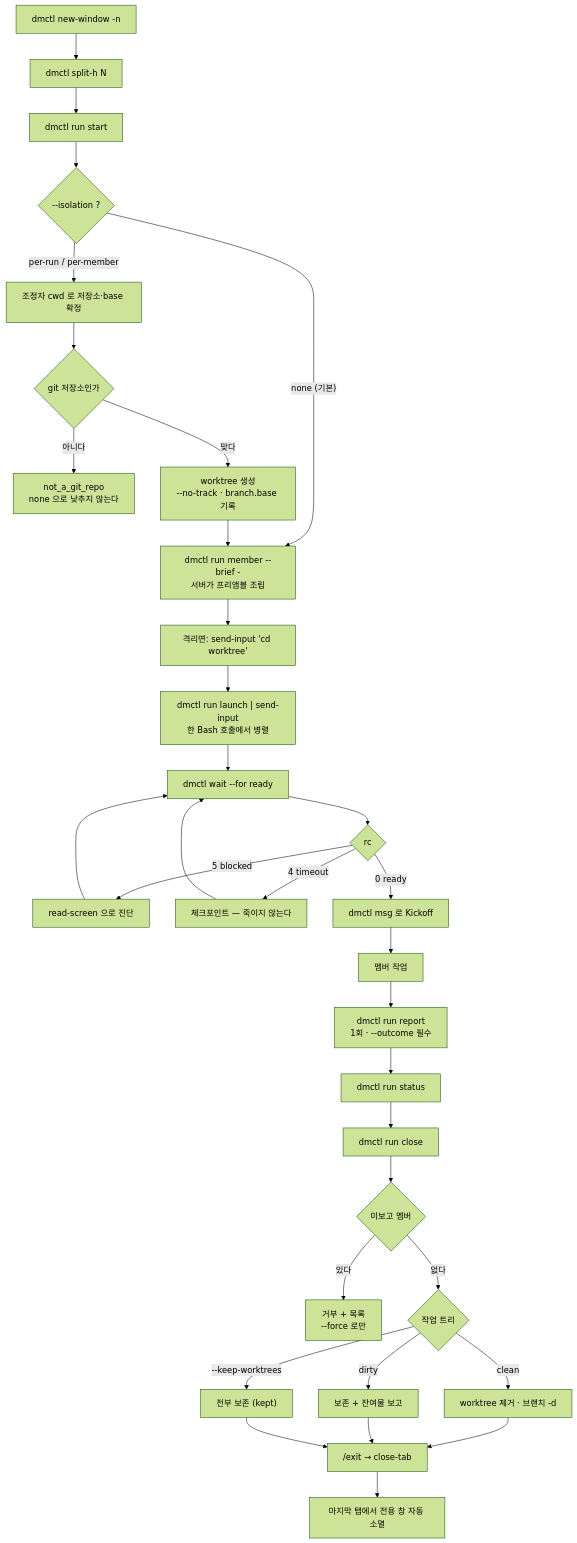
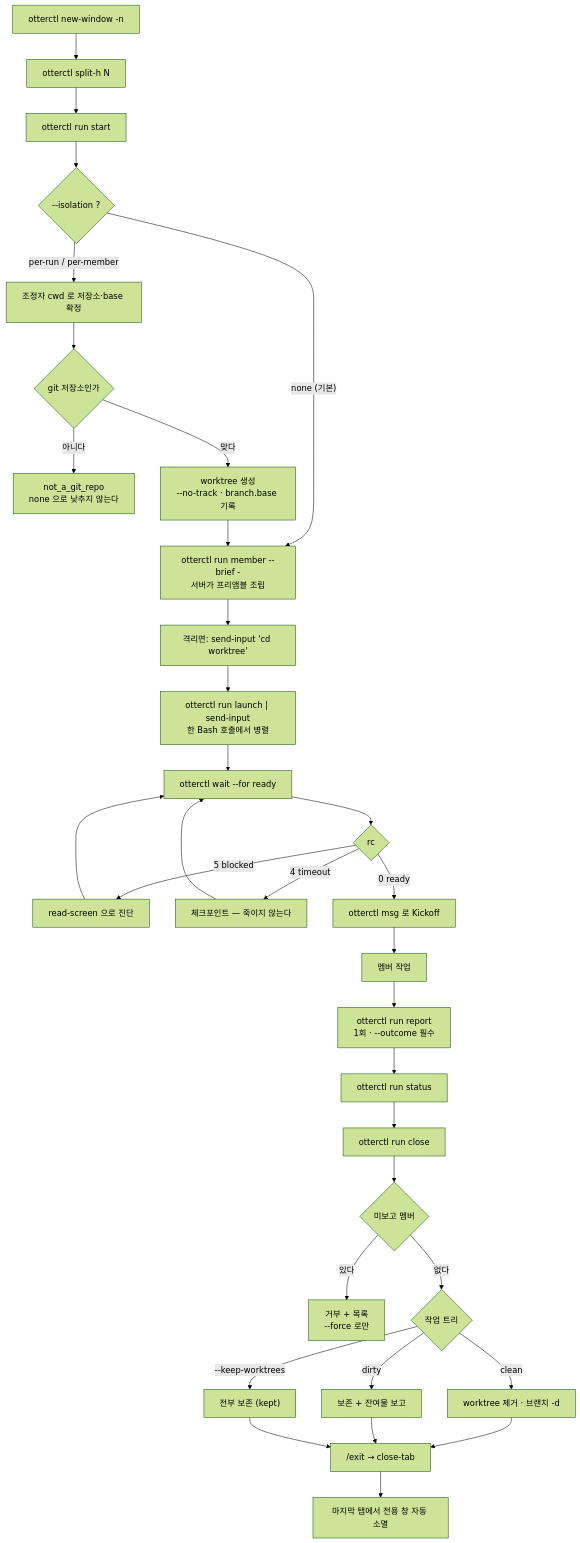
The third of 6 diagrams in docs/internal/architecture.md (Biisairo/dongminal), drawn with Mermaid (forest theme) before and after one commit. The commit also changed other lines of this file and 1452 other files, not shown here.

````diff
--- a/docs/internal/architecture.md
+++ b/docs/internal/architecture.md
@@ -662,35 +661,35 @@
 ```mermaid
 flowchart TD
-  A["dmctl new-window -n"] --> B["dmctl split-h N"]
-  B --> C["dmctl run start"]
+  A["otterctl new-window -n"] --> B["otterctl split-h N"]
+  B --> C["otterctl run start"]
   C --> ISO{"--isolation ?"}
-  ISO -- "none (기본)" --> M["dmctl run member --brief -<br/>서버가 프리앰블 조립"]
+  ISO -- "none (기본)" --> M["otterctl run member --brief -<br/>서버가 프리앰블 조립"]
   ISO -- "per-run / per-member" --> G["조정자 cwd 로 저장소·base 확정"]
   G --> GF{"git 저장소인가"}
   GF -- "아니다" --> ERR["not_a_git_repo<br/>none 으로 낮추지 않는다"]
   GF -- "맞다" --> WT["worktree 생성<br/>--no-track · branch.base 기록"]
   WT --> M
   M --> CD["격리면: send-input 'cd worktree'"]
-  CD --> L["dmctl run launch | send-input<br/>한 Bash 호출에서 병렬"]
-  L --> WAIT["dmctl wait --for ready"]
+  CD --> L["otterctl run launch | send-input<br/>한 Bash 호출에서 병렬"]
+  L --> WAIT["otterctl wait --for ready"]
   WAIT --> RC{"rc"}
   RC -- "5 blocked" --> DIAG["read-screen 으로 진단"]
   RC -- "4 timeout" --> CKPT["체크포인트 — 죽이지 않는다"]
   DIAG --> WAIT
   CKPT --> WAIT
-  RC -- "0 ready" --> K["dmctl msg 로 Kickoff"]
+  RC -- "0 ready" --> K["otterctl msg 로 Kickoff"]
   K --> WORK["멤버 작업"]
-  WORK --> REP["dmctl run report<br/>1회 · --outcome 필수"]
-  REP --> ST["dmctl run status"]
-  ST --> CL["dmctl run close"]
+  WORK --> REP["otterctl run report<br/>1회 · --outcome 필수"]
+  REP --> ST["otterctl run status"]
+  ST --> CL["otterctl run close"]
   CL --> UN{"미보고 멤버"}
   UN -- "있다" --> REFUSE["거부 + 목록<br/>--force 로만"]
   UN -- "없다" --> CLEAN{"작업 트리"}
   CLEAN -- "clean" --> RM["worktree 제거 · 브랜치 -d"]
   CLEAN -- "dirty" --> KEEP["보존 + 잔여물 보고"]
   CLEAN -- "--keep-worktrees" --> KEEPALL["전부 보존 (kept)"]
   RM --> EXIT["/exit → close-tab"]
   KEEP --> EXIT
   KEEPALL --> EXIT
   EXIT --> DONE["마지막 탭에서 전용 창 자동 소멸"]
 ```
````
